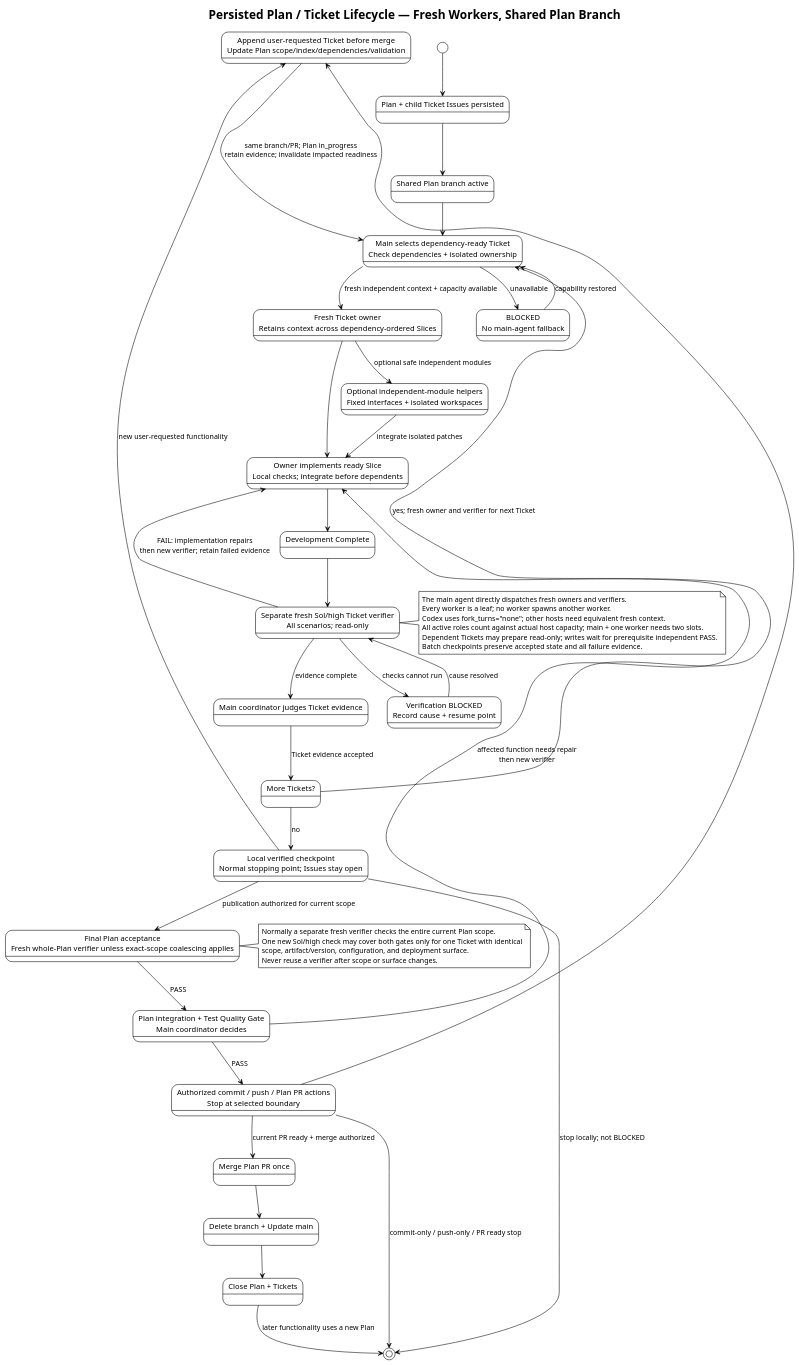
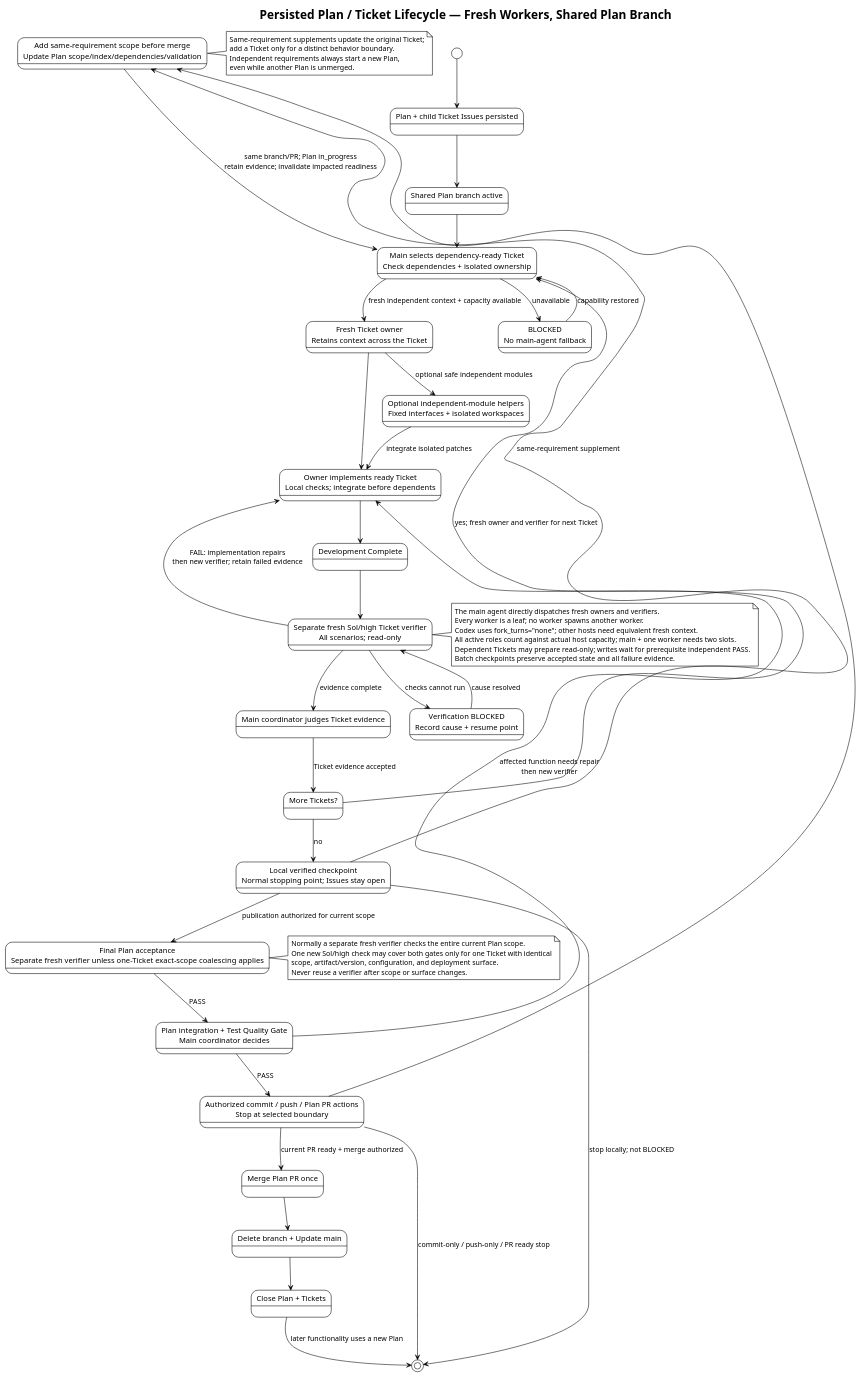
The diagram in docs/architecture/diagrams/ticket-lifecycle.puml (i-zrhe2016/codex-development-workflow), drawn with PlantUML before and after one commit. The commit also changed 45 other files, not shown here.

First line of the commit message:
refactor(workflow): execute requirements through Plan and Tickets (#237)

```diff
--- a/docs/architecture/diagrams/ticket-lifecycle.puml
+++ b/docs/architecture/diagrams/ticket-lifecycle.puml
@@ -1,77 +1,84 @@
 @startuml
 !theme plain
 top to bottom direction
 skinparam shadowing false
 skinparam defaultFontName Arial
 
 title Persisted Plan / Ticket Lifecycle — Fresh Workers, Shared Plan Branch
 
 state "Plan + child Ticket Issues persisted" as persisted
 state "Shared Plan branch active" as branch
 state "Main selects dependency-ready Ticket\nCheck dependencies + isolated ownership" as select
-state "Fresh Ticket owner\nRetains context across dependency-ordered Slices" as ticket_owner
-state "Owner implements ready Slice\nLocal checks; integrate before dependents" as implement
+state "Fresh Ticket owner\nRetains context across the Ticket" as ticket_owner
+state "Owner implements ready Ticket\nLocal checks; integrate before dependents" as implement
 state "Optional independent-module helpers\nFixed interfaces + isolated workspaces" as module_helpers
 state "Development Complete" as developed
 state "Separate fresh Sol/high Ticket verifier\nAll scenarios; read-only" as verify
 state "Main coordinator judges Ticket evidence" as accepted
 state "More Tickets?" as more
 state "Local verified checkpoint\nNormal stopping point; Issues stay open" as local
-state "Append user-requested Ticket before merge\nUpdate Plan scope/index/dependencies/validation" as expand
-state "Final Plan acceptance\nFresh whole-Plan verifier unless exact-scope coalescing applies" as final_verify
+state "Add same-requirement scope before merge\nUpdate Plan scope/index/dependencies/validation" as expand
+state "Final Plan acceptance\nSeparate fresh verifier unless one-Ticket exact-scope coalescing applies" as final_verify
 state "Plan integration + Test Quality Gate\nMain coordinator decides" as gate
 state "Authorized commit / push / Plan PR actions\nStop at selected boundary" as publish
 state "Merge Plan PR once" as merge
 state "Delete branch + Update main" as cleanup
 state "Close Plan + Tickets" as done
 state "BLOCKED\nNo main-agent fallback" as blocked
 state "Verification BLOCKED\nRecord cause + resume point" as verify_blocked
 
 [*] --> persisted
 persisted -down-> branch
 branch -down-> select
 select -down-> ticket_owner : fresh independent context + capacity available
 select --> blocked : unavailable
 blocked -[norank]-> select : capability restored
 ticket_owner -down-> implement
 ticket_owner --> module_helpers : optional safe independent modules
 module_helpers --> implement : integrate isolated patches
 implement -down-> developed
 developed -down-> verify
 verify --> verify_blocked : checks cannot run
 verify_blocked -[norank]-> verify : cause resolved
 verify -down-> accepted : evidence complete
 verify -[norank]-> implement : FAIL: implementation repairs\nthen new verifier; retain failed evidence
 accepted -down-> more : Ticket evidence accepted
 more -[norank]-> select : yes; fresh owner and verifier for next Ticket
 more -down-> local : no
 local --> [*] : stop locally; not BLOCKED
-local -[norank]-> expand : new user-requested functionality
+local -[norank]-> expand : same-requirement supplement
 publish -[norank]-> expand
 expand -[norank]-> select : same branch/PR; Plan in_progress\nretain evidence; invalidate impacted readiness
 local -down-> final_verify : publication authorized for current scope
 final_verify -down-> gate : PASS
 gate -[norank]-> implement : affected function needs repair\nthen new verifier
 gate -down-> publish : PASS
 publish --> [*] : commit-only / push-only / PR ready stop
 publish -down-> merge : current PR ready + merge authorized
 merge -down-> cleanup
 cleanup -down-> done
 done --> [*] : later functionality uses a new Plan
+
+note right of expand
+Same-requirement supplements update the original Ticket;
+add a Ticket only for a distinct behavior boundary.
+Independent requirements always start a new Plan,
+even while another Plan is unmerged.
+end note
 
 note right of verify
 The main agent directly dispatches fresh owners and verifiers.
 Every worker is a leaf; no worker spawns another worker.
 Codex uses fork_turns="none"; other hosts need equivalent fresh context.
 All active roles count against actual host capacity; main + one worker needs two slots.
 Dependent Tickets may prepare read-only; writes wait for prerequisite independent PASS.
 Batch checkpoints preserve accepted state and all failure evidence.
 end note
 
 note right of final_verify
 Normally a separate fresh verifier checks the entire current Plan scope.
 One new Sol/high check may cover both gates only for one Ticket with identical
 scope, artifact/version, configuration, and deployment surface.
 Never reuse a verifier after scope or surface changes.
 end note
 @enduml
```
